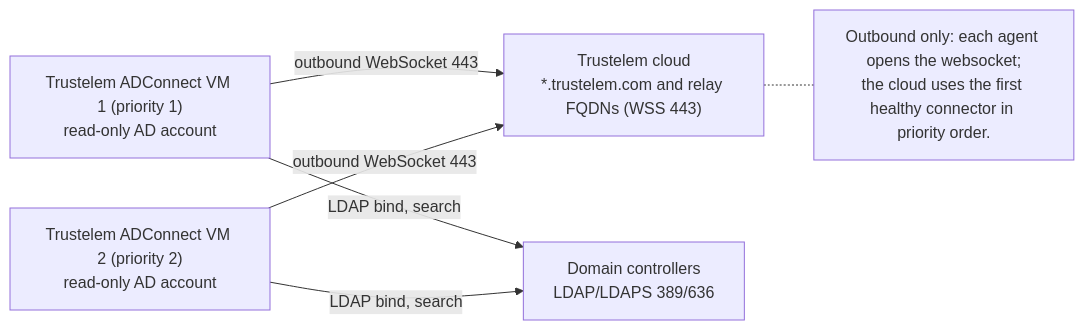
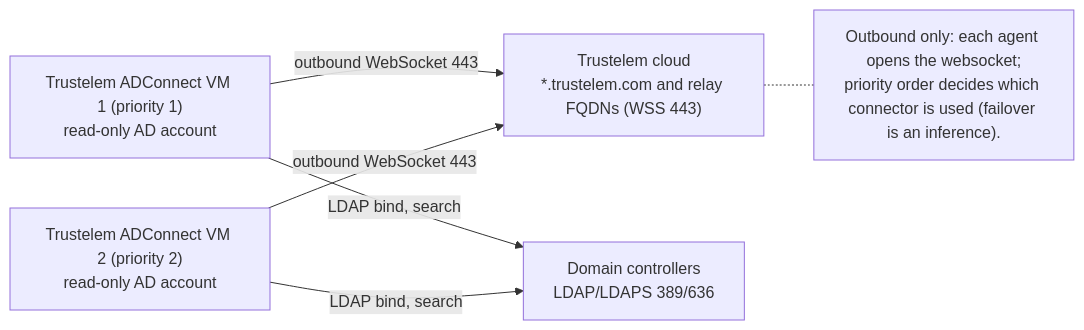
Before and after one commit to morandeirachema/Trustelem-: the diagram in tools/diagrams/09-adconnect-flow.mmd, drawn with Mermaid. The commit also changed 20 other files, not shown here.

```diff
--- a/tools/diagrams/09-adconnect-flow.mmd
+++ b/tools/diagrams/09-adconnect-flow.mmd
@@ -1,11 +1,11 @@
 flowchart LR
     CLOUD["Trustelem cloud<br/>*.trustelem.com and relay FQDNs (WSS 443)"]
     A1["Trustelem ADConnect VM 1 (priority 1)<br/>read-only AD account"]
     A2["Trustelem ADConnect VM 2 (priority 2)<br/>read-only AD account"]
     DC["Domain controllers<br/>LDAP/LDAPS 389/636"]
     A1 -->|outbound WebSocket 443| CLOUD
     A2 -->|outbound WebSocket 443| CLOUD
     A1 -->|LDAP bind, search| DC
     A2 -->|LDAP bind, search| DC
-    NOTE["Outbound only: each agent opens the websocket;<br/>the cloud uses the first healthy connector in priority order."]
+    NOTE["Outbound only: each agent opens the websocket;<br/>priority order decides which connector is used (failover is an inference)."]
     CLOUD -.- NOTE
```
